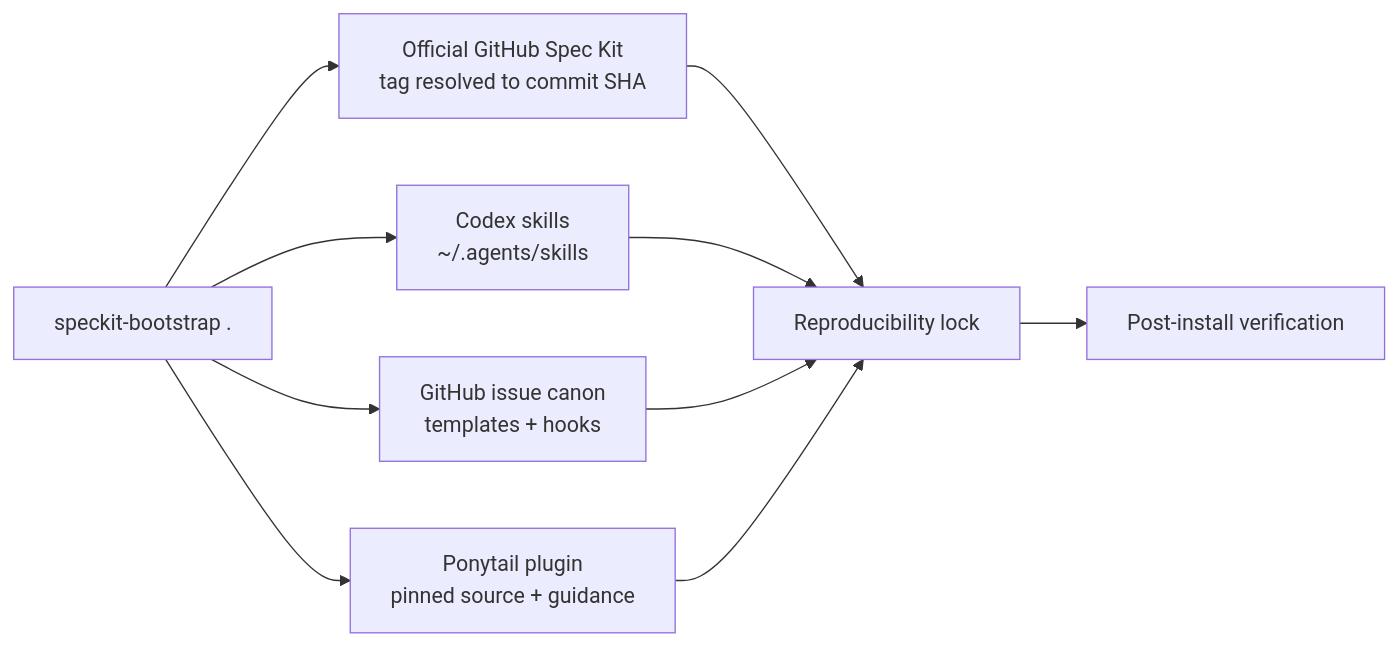
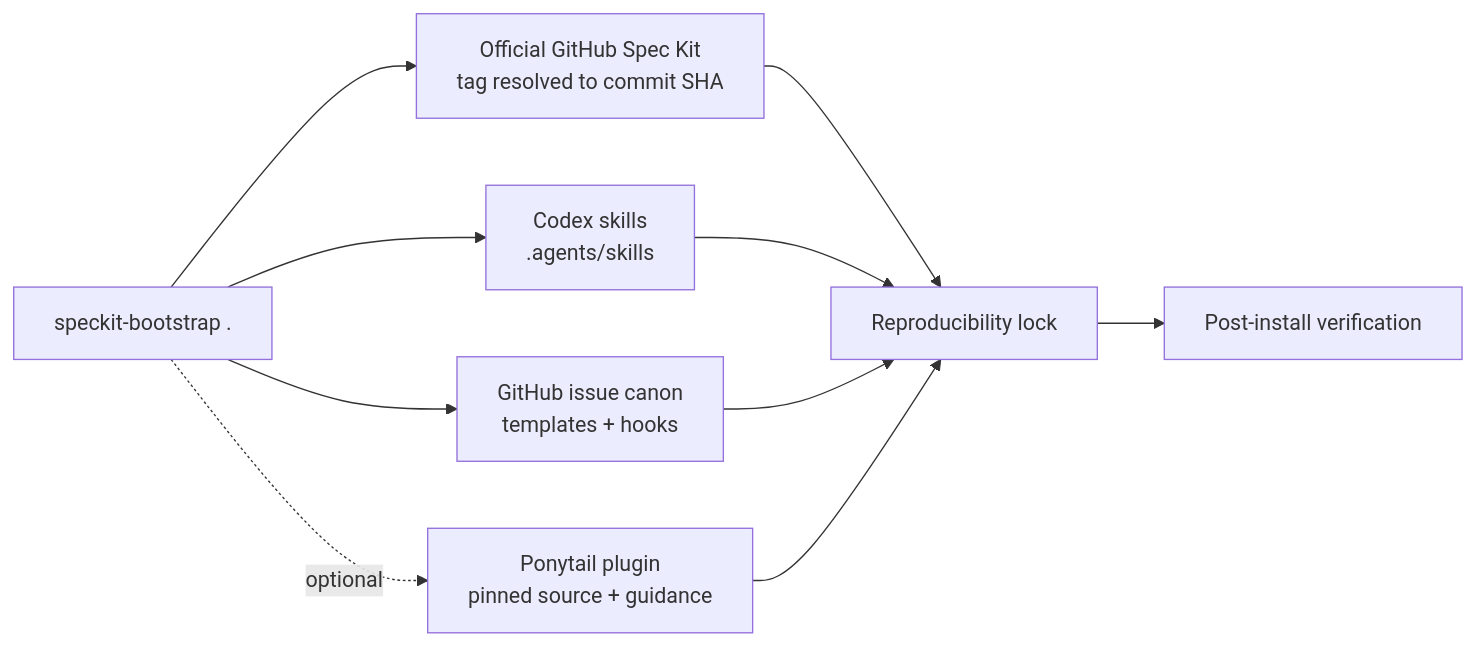
The diagram in README.md (yshishenya/speckit-bootstrap), drawn with Mermaid before and after one commit. The commit also changed other lines of this file and 12 other files, not shown here.

````diff
--- a/README.md
+++ b/README.md
@@ -157,12 +158,12 @@
 ```mermaid
 flowchart LR
     A["speckit-bootstrap ."] --> B["Official GitHub Spec Kit<br/>tag resolved to commit SHA"]
-    A --> C["Codex skills<br/>~/.agents/skills"]
+    A --> C["Codex skills<br/>.agents/skills"]
     A --> D["GitHub issue canon<br/>templates + hooks"]
-    A --> E["Ponytail plugin<br/>pinned source + guidance"]
+    A -. optional .-> E["Ponytail plugin<br/>pinned source + guidance"]
     B --> F["Reproducibility lock"]
     C --> F
     D --> F
     E --> F
     F --> G["Post-install verification"]
 ```
````
